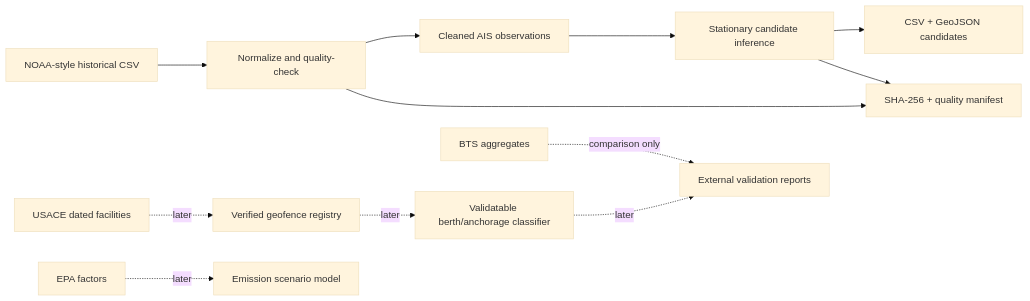
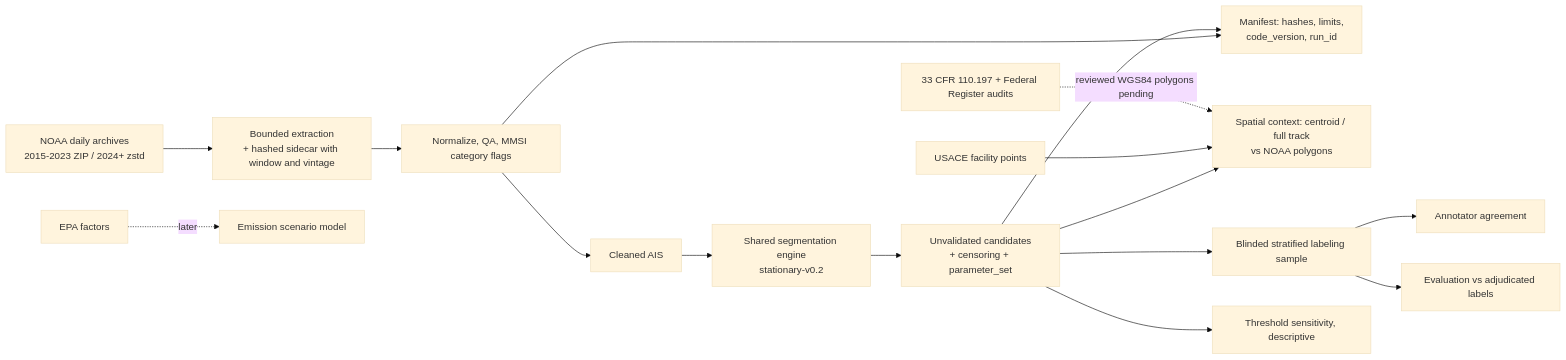
Before and after one commit to joaopaulomirandamatias/harborlens: the diagram in docs/architecture/overview.md, drawn with Mermaid (base theme). The commit also changed other lines of this file and 15 other files, not shown here.

````diff
--- a/docs/architecture/overview.md
+++ b/docs/architecture/overview.md
@@ -5,14 +5,18 @@
 ```mermaid
 flowchart LR
-  NOAA[NOAA-style historical CSV] --> QA[Normalize and quality-check]
-  QA --> C[Cleaned AIS observations]
-  C --> E[Stationary candidate inference]
-  E --> CSV[CSV + GeoJSON candidates]
-  QA --> M[SHA-256 + quality manifest]
-  E --> M
-  USACE[USACE dated facilities] -. later .-> G[Verified geofence registry]
-  G -. later .-> E2[Validatable berth/anchorage classifier]
-  BTS[BTS aggregates] -. comparison only .-> V[External validation reports]
-  E2 -. later .-> V
+  NOAA[NOAA daily archives<br/>2015-2023 ZIP / 2024+ zstd] --> X[Bounded extraction<br/>+ hashed sidecar with window and vintage]
+  X --> QA[Normalize, QA, MMSI category flags]
+  QA --> C[Cleaned AIS]
+  C --> E[Shared segmentation engine<br/>stationary-v0.2]
+  E --> K[Unvalidated candidates<br/>+ censoring + parameter_set]
+  QA --> M[Manifest: hashes, limits,<br/>code_version, run_id]
+  K --> M
+  K --> Z[Spatial context: centroid / full track<br/>vs NOAA polygons]
+  USACE[USACE facility points] --> Z
+  CFR[33 CFR 110.197 + Federal Register audits] -. reviewed WGS84 polygons pending .-> Z
+  K --> L[Blinded stratified labeling sample]
+  L --> A[Annotator agreement]
+  L --> V[Evaluation vs adjudicated labels]
+  K --> T[Threshold sensitivity, descriptive]
   EPA[EPA factors] -. later .-> S[Emission scenario model]
 ```
````
